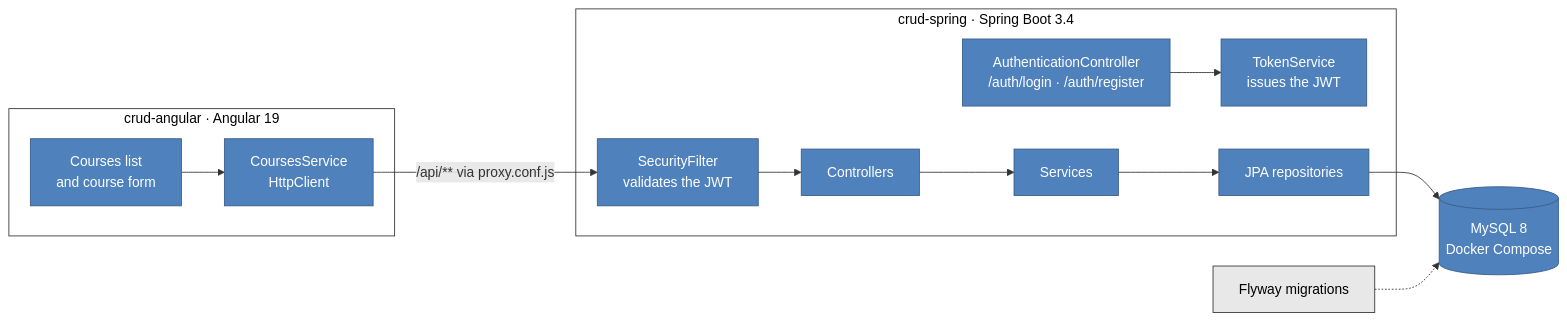
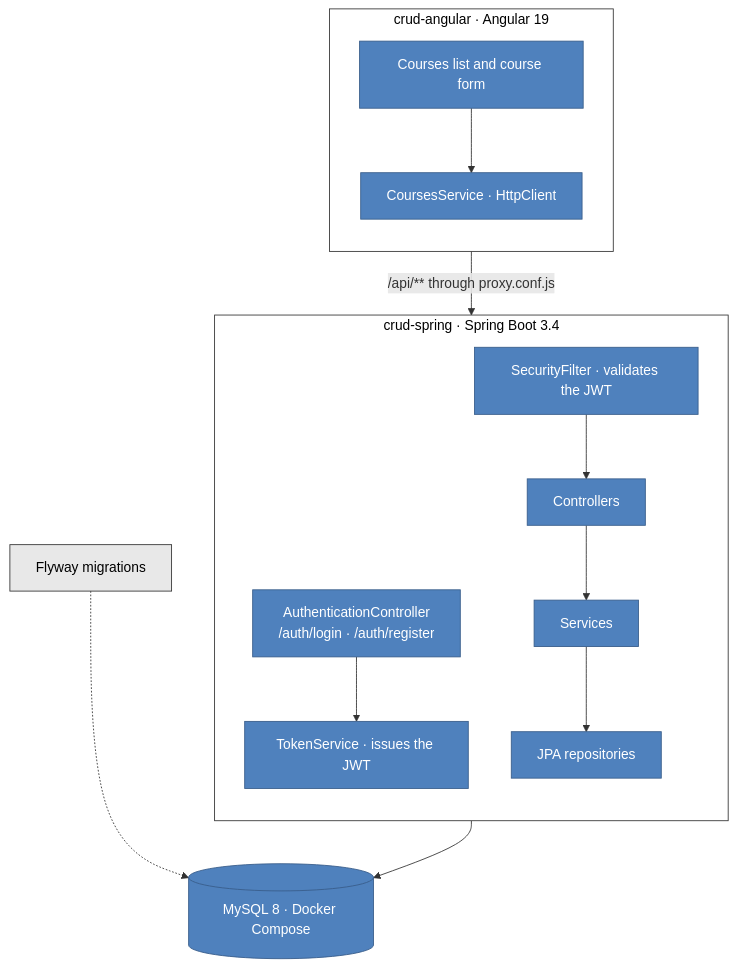
Before and after one commit to nathan00pdl/crud-angular-spring: the diagram in docs/architecture.mmd, drawn with Mermaid. The commit also changed 2 other files, not shown here.

Commit message:
docs: lay the architecture diagram out vertically so it reads at README width

```diff
--- a/docs/architecture.mmd
+++ b/docs/architecture.mmd
@@ -1,25 +1,28 @@
-flowchart LR
+flowchart TB
     subgraph FE["crud-angular · Angular 19"]
-        UI["Courses list<br/>and course form"] --> SVC["CoursesService<br/>HttpClient"]
+        direction TB
+        UI["Courses list and course form"] --> SVC["CoursesService · HttpClient"]
     end
-    SVC -- "/api/** via proxy.conf.js" --> SF
+    SVC -- "/api/** through proxy.conf.js" --> SF
     subgraph BE["crud-spring · Spring Boot 3.4"]
-        SF["SecurityFilter<br/>validates the JWT"] --> CTRL["Controllers"]
-        AUTH["AuthenticationController<br/>/auth/login · /auth/register"] --> TOK["TokenService<br/>issues the JWT"]
-        CTRL --> SERV["Services"] --> REPO["JPA repositories"]
+        direction TB
+        AUTH["AuthenticationController<br/>/auth/login · /auth/register"] --> TOK["TokenService · issues the JWT"]
+        SF["SecurityFilter · validates the JWT"] --> CTRL["Controllers"]
+        CTRL --> SERV["Services"]
+        SERV --> REPO["JPA repositories"]
     end
-    REPO --> DB[("MySQL 8<br/>Docker Compose")]
+    REPO --> DB[("MySQL 8 · Docker Compose")]
     FW["Flyway migrations"] -.-> DB
 
     style UI fill:#4F81BD,stroke:#385D8A,color:#FFFFFF
     style SVC fill:#4F81BD,stroke:#385D8A,color:#FFFFFF
     style SF fill:#4F81BD,stroke:#385D8A,color:#FFFFFF
     style CTRL fill:#4F81BD,stroke:#385D8A,color:#FFFFFF
     style AUTH fill:#4F81BD,stroke:#385D8A,color:#FFFFFF
     style TOK fill:#4F81BD,stroke:#385D8A,color:#FFFFFF
     style SERV fill:#4F81BD,stroke:#385D8A,color:#FFFFFF
     style REPO fill:#4F81BD,stroke:#385D8A,color:#FFFFFF
     style DB fill:#4F81BD,stroke:#385D8A,color:#FFFFFF
     style FW fill:#E8E8E8,stroke:#333333,color:#000000
     style FE fill:#FFFFFF,stroke:#333333,color:#000000
     style BE fill:#FFFFFF,stroke:#333333,color:#000000
```
